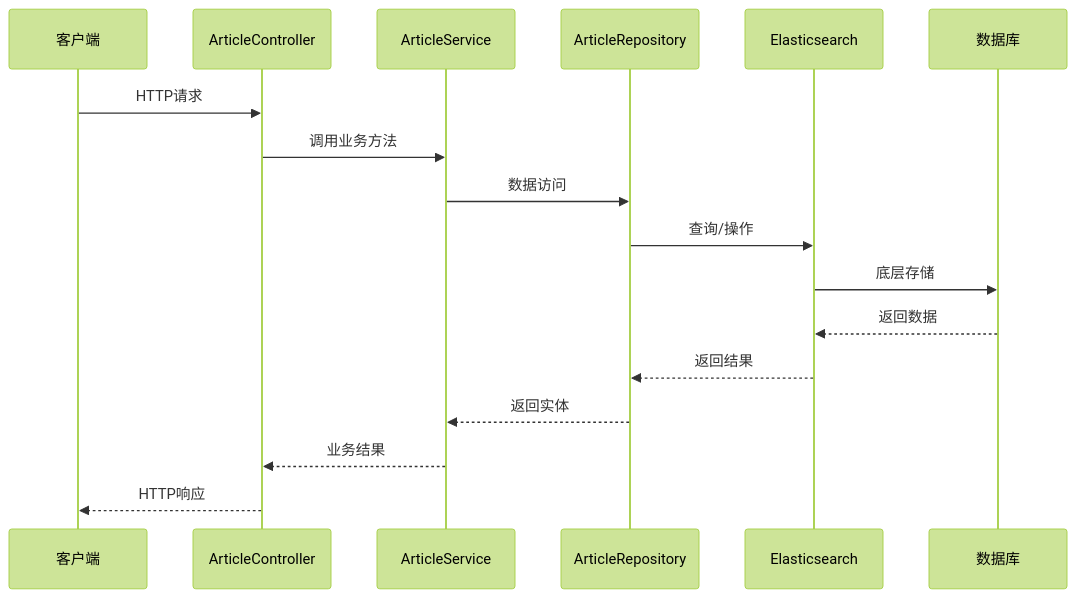
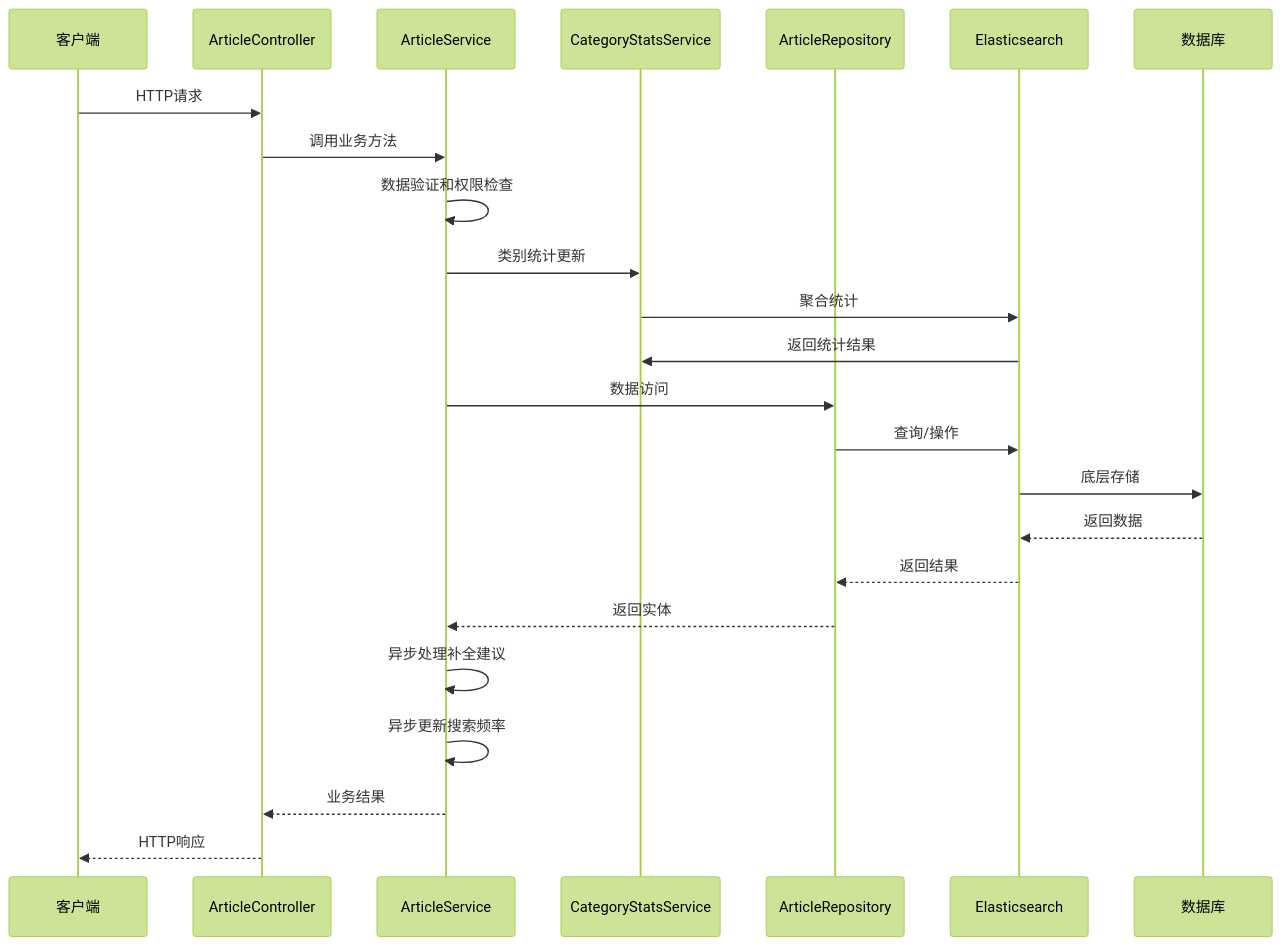
One commit to 20164206160/zhishilu changed the second of 9 diagrams in .qoder/repowiki/zh/content/文章内容管理/文章服务层实现/文章服务层实现.md. Above: the diagram before and after it, drawn with Mermaid (forest theme). The commit also changed other lines of this file and 28 other files, not shown here.

````diff
--- a/.qoder/repowiki/zh/content/文章内容管理/文章服务层实现/文章服务层实现.md
+++ b/.qoder/repowiki/zh/content/文章内容管理/文章服务层实现/文章服务层实现.md
@@ -154,19 +326,26 @@
 ```mermaid
 sequenceDiagram
 participant C as 客户端
 participant AC as ArticleController
 participant AS as ArticleService
+participant CSS as CategoryStatsService
 participant AR as ArticleRepository
 participant ES as Elasticsearch
 participant DB as 数据库
 C->>AC : HTTP请求
 AC->>AS : 调用业务方法
+AS->>AS : 数据验证和权限检查
+AS->>CSS : 类别统计更新
+CSS->>ES : 聚合统计
+ES->>CSS : 返回统计结果
 AS->>AR : 数据访问
 AR->>ES : 查询/操作
 ES->>DB : 底层存储
 DB-->>ES : 返回数据
 ES-->>AR : 返回结果
 AR-->>AS : 返回实体
+AS->>AS : 异步处理补全建议
+AS->>AS : 异步更新搜索频率
 AS-->>AC : 业务结果
 AC-->>C : HTTP响应
 ```
````
